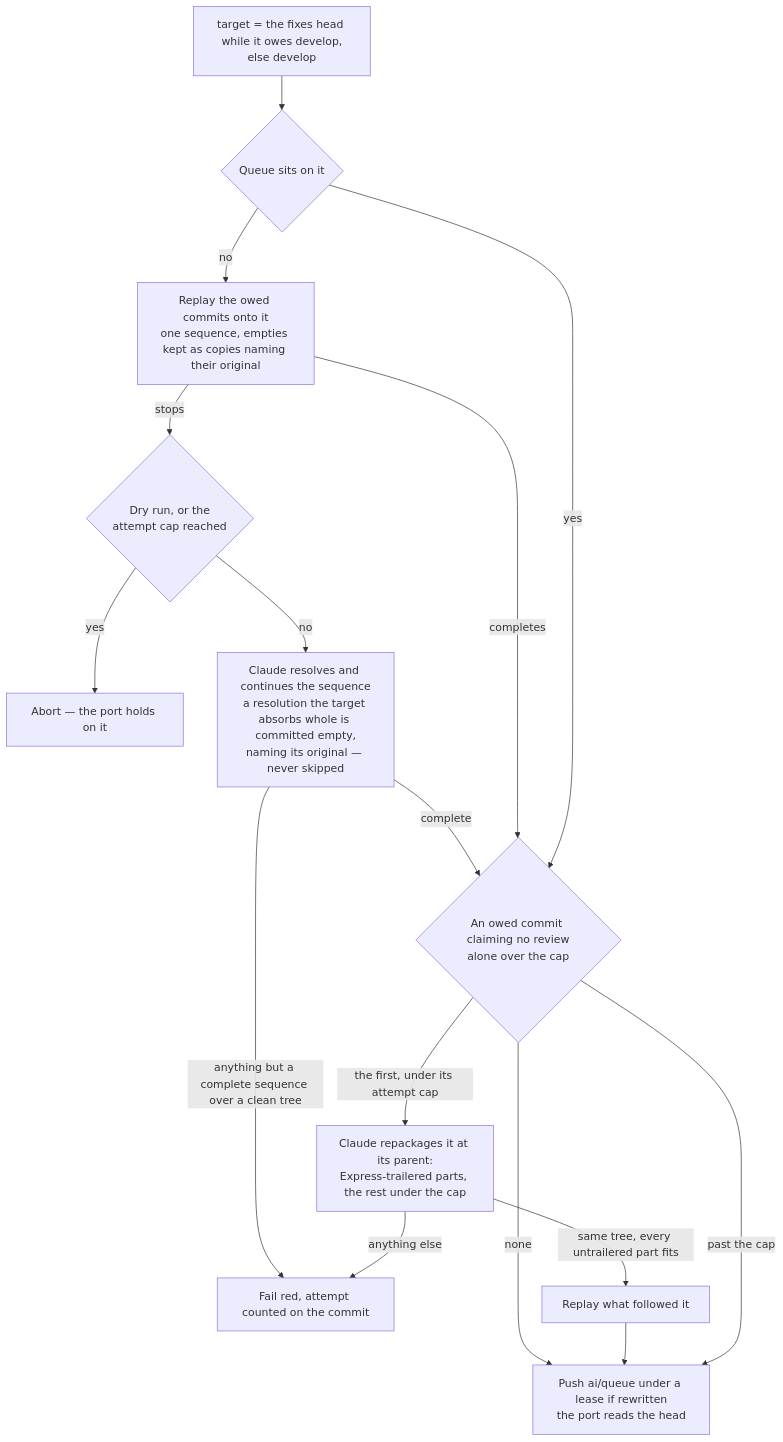
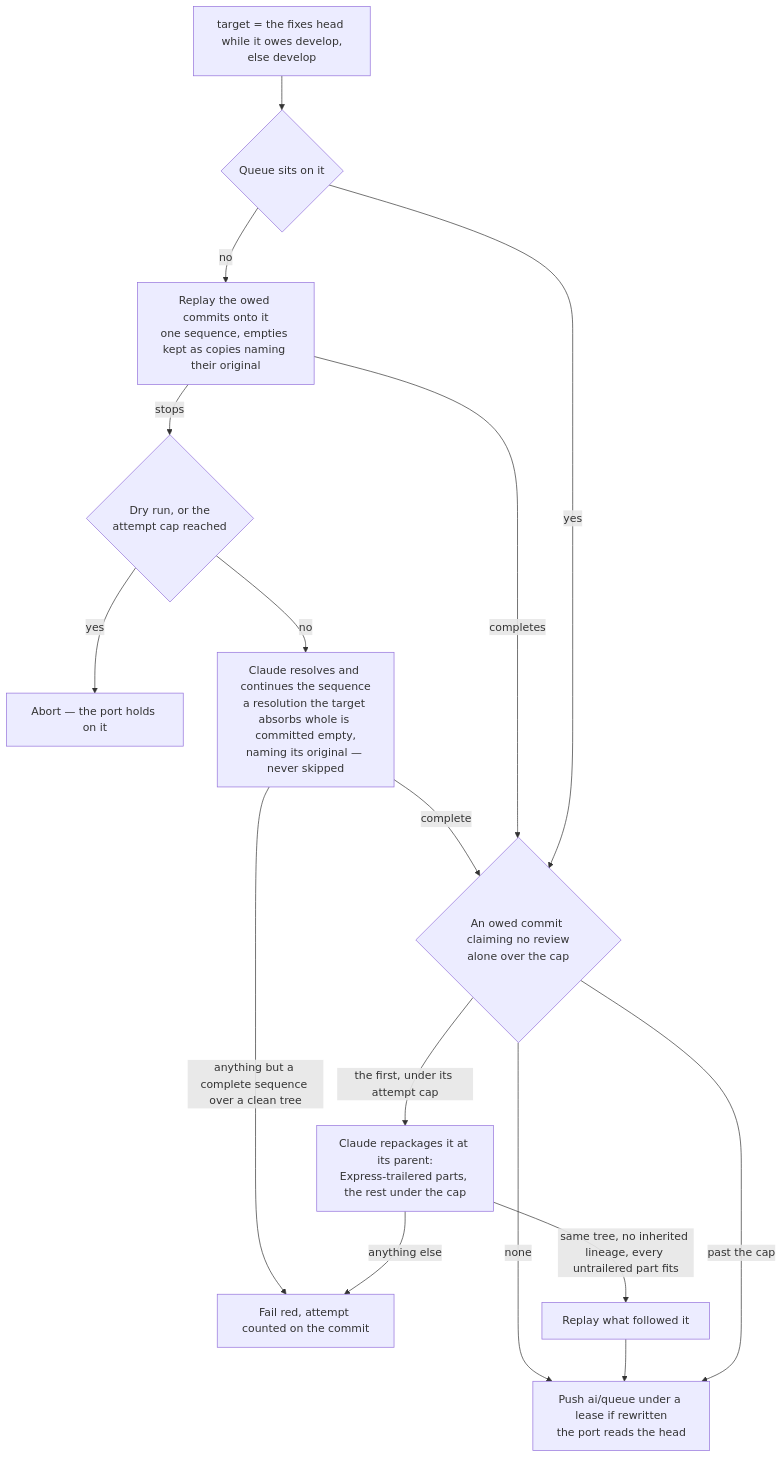
Before and after one commit to Esposter/Esposter: the third of 4 diagrams in apps/web/content/docs/infra/review-collector/collection-cycle.md, drawn with Mermaid. The commit also changed other lines of this file and 4 other files, not shown here.

````diff
--- a/apps/web/content/docs/infra/review-collector/collection-cycle.md
+++ b/apps/web/content/docs/infra/review-collector/collection-cycle.md
@@ -101,17 +101,17 @@
 ```mermaid
 flowchart TD
   T[target = the fixes head while it owes develop,<br/>else develop] --> A{Queue sits on it}
   A -->|no| R[Replay the owed commits onto it<br/>one sequence, empties kept as copies naming their original]
   R -->|stops| C{Dry run, or the<br/>attempt cap reached}
   C -->|yes| AB[Abort — the port holds on it]
   C -->|no| CL[Claude resolves and continues the sequence<br/>a resolution the target absorbs whole is committed empty,<br/>naming its original — never skipped]
   CL -->|anything but a complete sequence over a clean tree| F[Fail red, attempt counted on the commit]
   CL -->|complete| RS
   R -->|completes| RS
   A -->|yes| RS{An owed commit claiming no review<br/>alone over the cap}
   RS -->|none| P[Push ai/queue under a lease if rewritten<br/>the port reads the head]
   RS -->|the first, under its attempt cap| SH[Claude repackages it at its parent:<br/>Express-trailered parts, the rest under the cap]
-  SH -->|same tree, every untrailered part fits| RP[Replay what followed it] --> P
+  SH -->|same tree, no inherited lineage, every untrailered part fits| RP[Replay what followed it] --> P
   SH -->|anything else| F
   RS -->|past the cap| P
 ```
````
